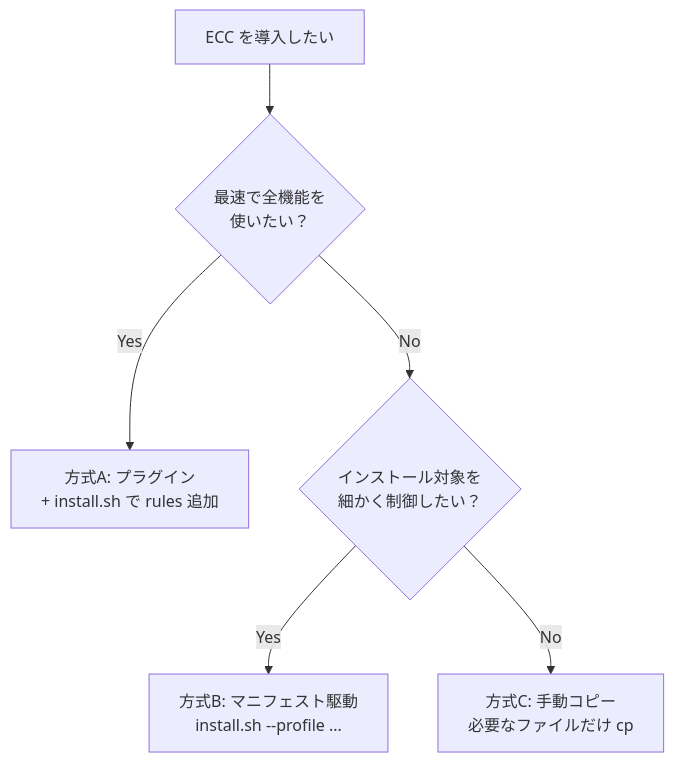
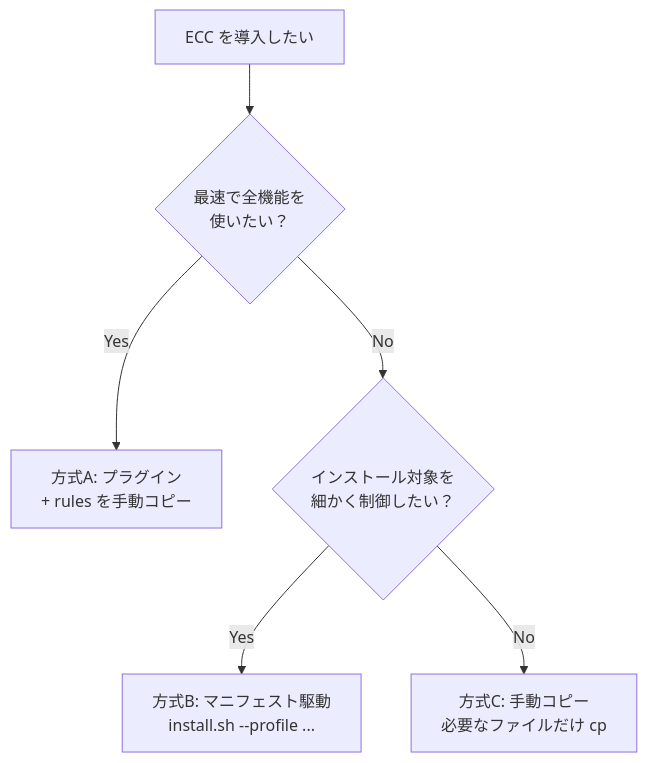
One commit to memorialmkua-lab/aiclaude changed the diagram in .history/2026-03-27_v1.9.0-selective-install-language-expansion/RUNBOOK.md. Above: the diagram before and after it, drawn with Mermaid. The commit also changed other lines of this file, not shown here.

Commit message:
feat: update RUNBOOK with install.sh appendix and clarify rules installation process

````diff
--- a/.history/2026-03-27_v1.9.0-selective-install-language-expansion/RUNBOOK.md
+++ b/.history/2026-03-27_v1.9.0-selective-install-language-expansion/RUNBOOK.md
@@ -59,8 +60,8 @@
 ```mermaid
 flowchart TD
     START["ECC を導入したい"] --> Q1{"最速で全機能を<br>使いたい？"}
-    Q1 -->|Yes| A["方式A: プラグイン<br>+ install.sh で rules 追加"]
+    Q1 -->|Yes| A["方式A: プラグイン<br>+ rules を手動コピー"]
     Q1 -->|No| Q2{"インストール対象を<br>細かく制御したい？"}
     Q2 -->|Yes| B["方式B: マニフェスト駆動<br>install.sh --profile ..."]
     Q2 -->|No| C["方式C: 手動コピー<br>必要なファイルだけ cp"]
 ```
````
